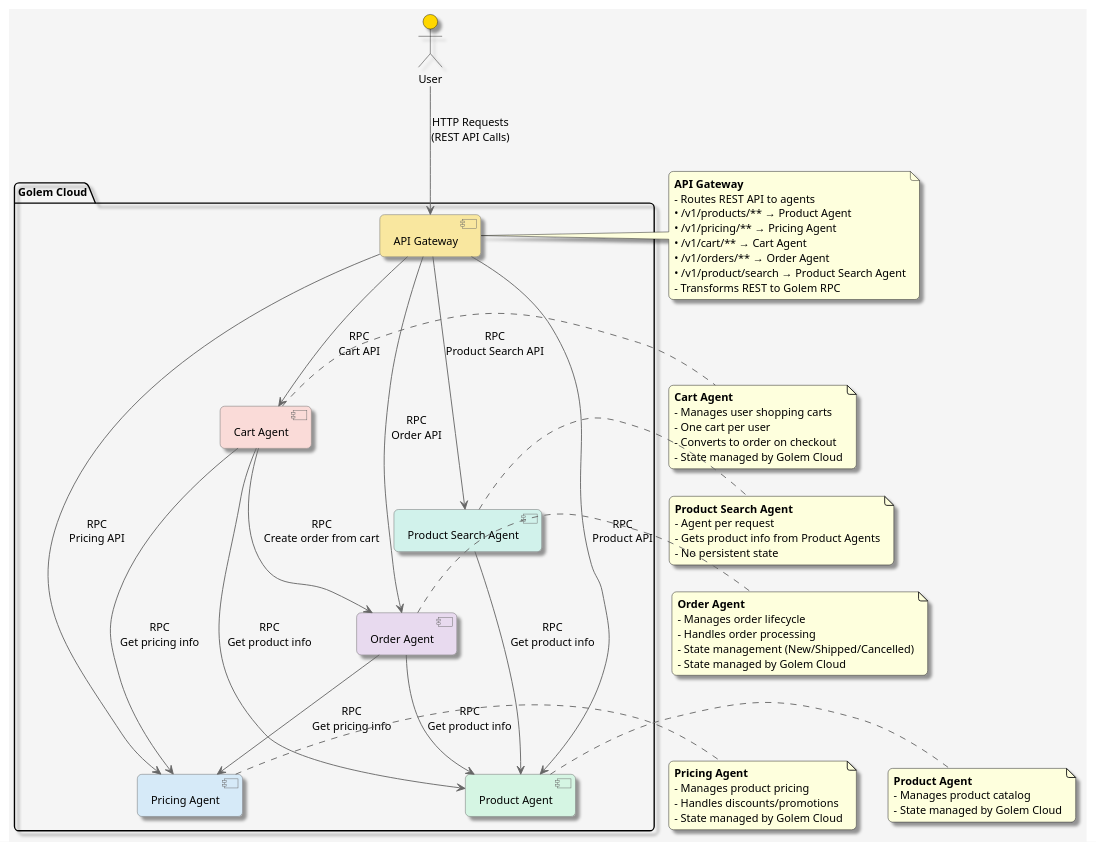
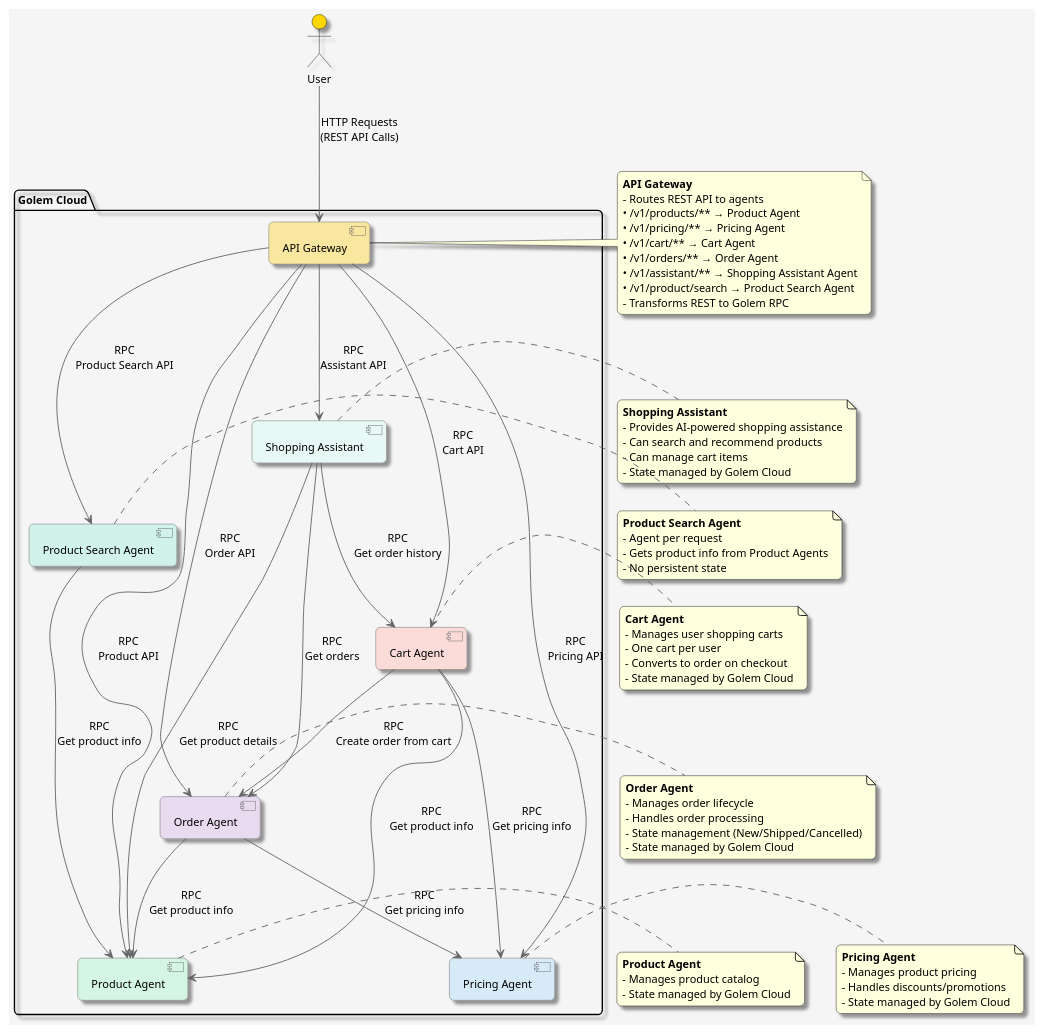
One commit to justcoon/golem-shopping-ts changed the diagram in architecture.puml. Above: the diagram before and after it, drawn with PlantUML. The commit also changed 12 other files, not shown here.

Commit message:
Shopping assistant (#18)

```diff
--- a/architecture.puml
+++ b/architecture.puml
@@ -1,91 +1,107 @@
 @startuml Golem Shopping Architecture
 
 ' Define styles
 skinparam componentStyle uml2
 skinparam backgroundColor #F5F5F5
 skinparam defaultFontName Arial
 skinparam defaultFontSize 12
 skinparam roundcorner 10
 skinparam shadowing true
 skinparam ArrowColor #666666
 skinparam ComponentBackgroundColor #E8E8E8
 skinparam ComponentBorderColor #666666
 
 ' Define components
 actor "User" as user #FFD700
 
 package "Golem Cloud" {
     [API Gateway] as gateway #F9E79F
     [Product Agent] as product #D5F5E3
     [Pricing Agent] as pricing #D6EAF8
     [Cart Agent] as cart #FADBD8
     [Order Agent] as order #E8DAEF
     [Product Search Agent] as product_search #D1F2EB
+    [Shopping Assistant] as assistant #E8F8F5
 }
 
 ' Define relationships
 user --> gateway : "HTTP Requests\n(REST API Calls)"
 
 gateway --> product : "RPC\nProduct API"
 gateway --> pricing : "RPC\nPricing API"
 gateway --> cart : "RPC\nCart API"
 gateway --> order : "RPC\nOrder API"
 gateway --> product_search : "RPC\nProduct Search API"
+gateway --> assistant : "RPC\nAssistant API"
 
 ' Agent-to-agent communication
 cart --> product : "RPC\nGet product info"
 cart --> pricing : "RPC\nGet pricing info"
 cart --> order : "RPC\nCreate order from cart"
 order --> product : "RPC\nGet product info"
 order --> pricing : "RPC\nGet pricing info"
 product_search --> product : "RPC\nGet product info"
 
+' Shopping Assistant relationships
+assistant --> cart : "RPC\nGet order history"
+assistant --> order : "RPC\nGet orders"
+assistant --> product : "RPC\nGet product details"
+
 ' Add notes
 note right of gateway
   <b>API Gateway</b>
   - Routes REST API to agents
   • /v1/products/** → Product Agent
   • /v1/pricing/** → Pricing Agent
   • /v1/cart/** → Cart Agent
   • /v1/orders/** → Order Agent
+  • /v1/assistant/** → Shopping Assistant Agent
   • /v1/product/search → Product Search Agent
   - Transforms REST to Golem RPC
 end note
 
 note right of product
   <b>Product Agent</b>
   - Manages product catalog
   - State managed by Golem Cloud
 end note
 
 note right of pricing
   <b>Pricing Agent</b>
   - Manages product pricing
   - Handles discounts/promotions
   - State managed by Golem Cloud
 end note
 
 note right of cart
   <b>Cart Agent</b>
   - Manages user shopping carts
   - One cart per user
   - Converts to order on checkout
   - State managed by Golem Cloud
 end note
 
 note right of order
   <b>Order Agent</b>
   - Manages order lifecycle
   - Handles order processing
   - State management (New/Shipped/Cancelled)
   - State managed by Golem Cloud
 end note
 
 note right of product_search
   <b>Product Search Agent</b>
   - Agent per request
   - Gets product info from Product Agents
   - No persistent state
 end note
 
+note right of assistant
+  <b>Shopping Assistant</b>
+  - Provides AI-powered shopping assistance
+  - Can search and recommend products
+  - Can manage cart items
+  - State managed by Golem Cloud
+end note
+
 @enduml
```
